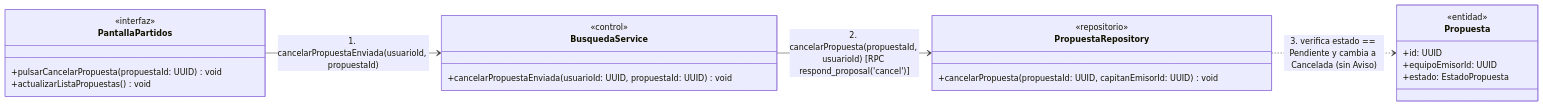
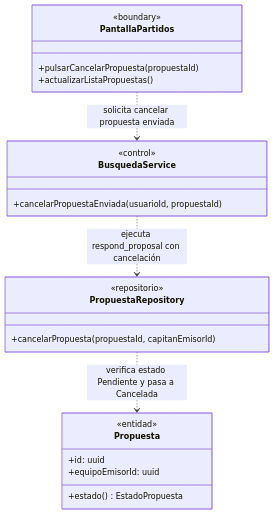
Before and after one commit to nicqletal/torneos-scraper: the sixth of 15 diagrams in docs/diagramas-de-clase/partidos.md, drawn with Mermaid. The commit also changed other lines of this file and 12 other files, not shown here.

Commit message:
Correcion Diagramas de Clase

````diff
--- a/docs/diagramas-de-clase/partidos.md
+++ b/docs/diagramas-de-clase/partidos.md
@@ -441,31 +405,26 @@
 ```mermaid
 classDiagram
-    direction LR
-
-    class PantallaPartidos {
-        <<interfaz>>
-        +pulsarCancelarPropuesta(propuestaId: UUID) void
-        +actualizarListaPropuestas() void
-    }
-
-    class BusquedaService {
-        <<control>>
-        +cancelarPropuestaEnviada(usuarioId: UUID, propuestaId: UUID) void
-    }
-
-    class PropuestaRepository {
-        <<repositorio>>
-        +cancelarPropuesta(propuestaId: UUID, capitanEmisorId: UUID) void
-    }
-
-    class Propuesta {
-        <<entidad>>
-        +id: UUID
-        +equipoEmisorId: UUID
-        +estado: EstadoPropuesta
-    }
-
-    PantallaPartidos --> BusquedaService : 1. cancelarPropuestaEnviada(usuarioId, propuestaId)
-    BusquedaService --> PropuestaRepository : 2. cancelarPropuesta(propuestaId, usuarioId) [RPC respond_proposal('cancel')]
-    PropuestaRepository ..> Propuesta : 3. verifica estado == Pendiente y cambia a Cancelada (sin Aviso)
+direction TB
+class PantallaPartidos {
+  <<boundary>>
+  +pulsarCancelarPropuesta(propuestaId)
+  +actualizarListaPropuestas()
+}
+class BusquedaService {
+  <<control>>
+  +cancelarPropuestaEnviada(usuarioId, propuestaId)
+}
+class PropuestaRepository {
+  <<repositorio>>
+  +cancelarPropuesta(propuestaId, capitanEmisorId)
+}
+class Propuesta {
+  <<entidad>>
+  +id: uuid
+  +equipoEmisorId: uuid
+  +estado() EstadoPropuesta
+}
+PantallaPartidos ..> BusquedaService : solicita cancelar propuesta enviada
+BusquedaService ..> PropuestaRepository : ejecuta respond_proposal con cancelación
+PropuestaRepository ..> Propuesta : verifica estado Pendiente y pasa a Cancelada
 ```
````
